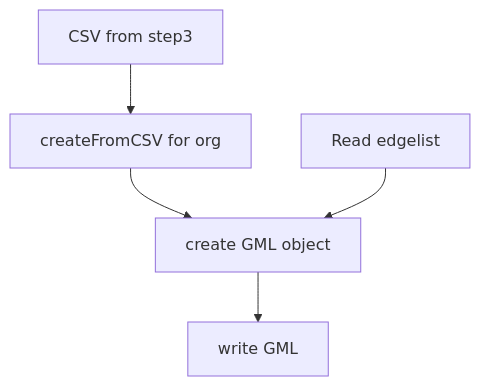
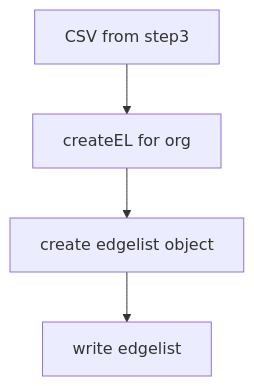
The diagram in docs/step5.md (manan-v/test2), drawn with Mermaid before and after one commit. The commit also changed other lines of this file, not shown here.

Commit message:
docs: step5 added

````diff
--- a/docs/step5.md
+++ b/docs/step5.md
@@ -36,8 +28,6 @@
 ```mermaid
   graph TD;
-      4.1.1[CSV from step3]-->4.1.2[createFromCSV for org];
-      4.1.2 --> 4.1.3[create GML object];
-      4.1.3-->4.1.4[write GML];
-
-      4.2.1[Read edgelist]-->4.1.3[create GML object];
+      4.1.1[CSV from step3]-->4.1.2[createEL for org];
+      4.1.2 --> 4.1.3[create edgelist object];
+      4.1.3-->4.1.4[write edgelist];
 ```
````
